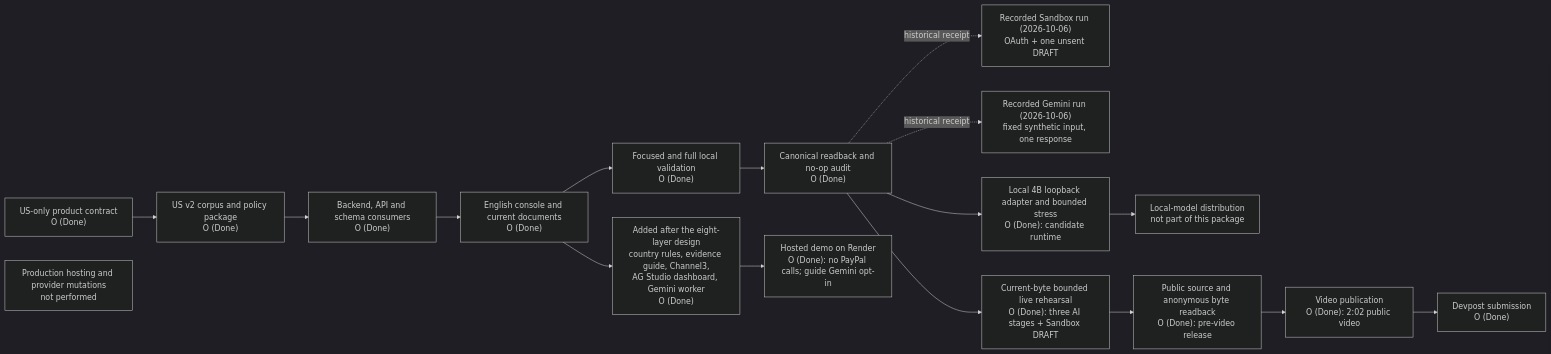
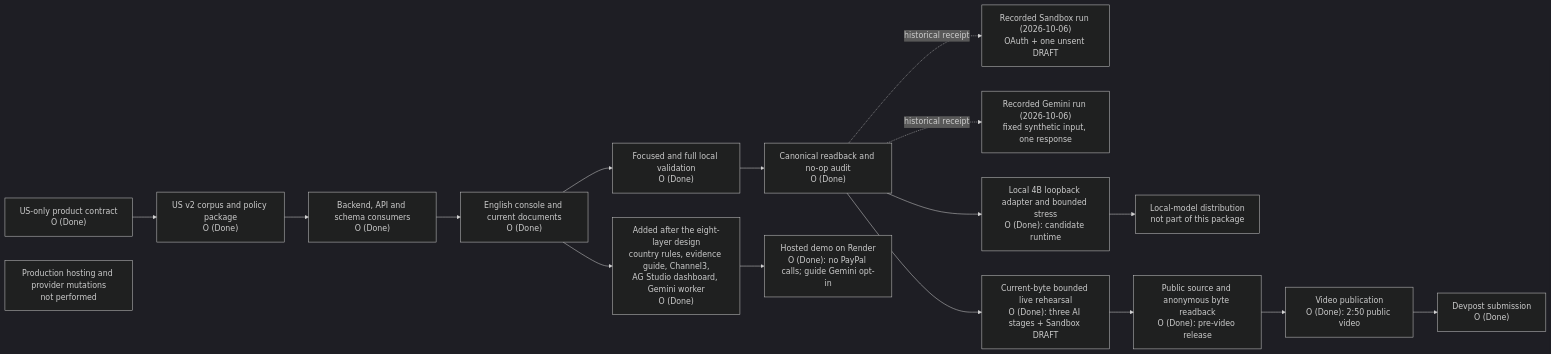
Before and after one commit to jiarong0423/payguard-ai: the first of 3 diagrams in docs/decisions/2026Q4/architecture.md, drawn with Mermaid (dark theme). The commit also changed other lines of this file and 11 other files, not shown here.

````diff
--- a/docs/decisions/2026Q4/architecture.md
+++ b/docs/decisions/2026Q4/architecture.md
@@ -24,20 +24,20 @@
 ```mermaid
 flowchart LR
   A["US-only product contract<br/>O (Done)"] --> B["US v2 corpus and policy package<br/>O (Done)"]
   B --> C["Backend, API and schema consumers<br/>O (Done)"]
   C --> D["English console and current documents<br/>O (Done)"]
   D --> E["Focused and full local validation<br/>O (Done)"]
   E --> F["Canonical readback and no-op audit<br/>O (Done)"]
   F -. historical receipt .-> G["Recorded Sandbox run (2026-10-06)<br/>OAuth + one unsent DRAFT"]
   F -. historical receipt .-> H["Recorded Gemini run (2026-10-06)<br/>fixed synthetic input, one response"]
   F --> K["Local 4B loopback adapter and bounded stress<br/>O (Done): candidate runtime"]
   K --> L["Local-model distribution<br/>not part of this package"]
   F --> N["Current-byte bounded live rehearsal<br/>O (Done): three AI stages + Sandbox DRAFT"]
   N --> I["Public source and anonymous byte readback<br/>O (Done): pre-video release"]
-  I --> M["Video publication<br/>O (Done): 2:02 public video"]
+  I --> M["Video publication<br/>O (Done): 2:50 public video"]
   M --> P["Devpost submission<br/>O (Done)"]
   J["Production hosting and provider mutations<br/>not performed"]
   Q["Hosted demo on Render<br/>O (Done): no PayPal calls; guide Gemini opt-in"]
   D --> R["Added after the eight-layer design<br/>country rules, evidence guide, Channel3,<br/>AG Studio dashboard, Gemini worker<br/>O (Done)"]
   R --> Q
 ```
````
